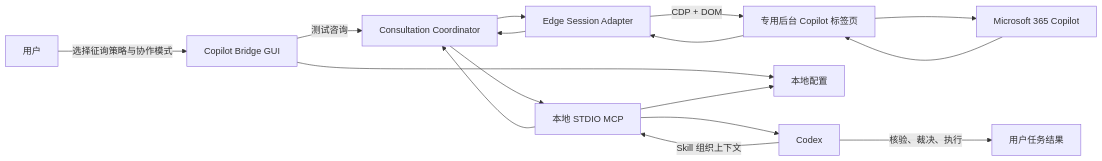
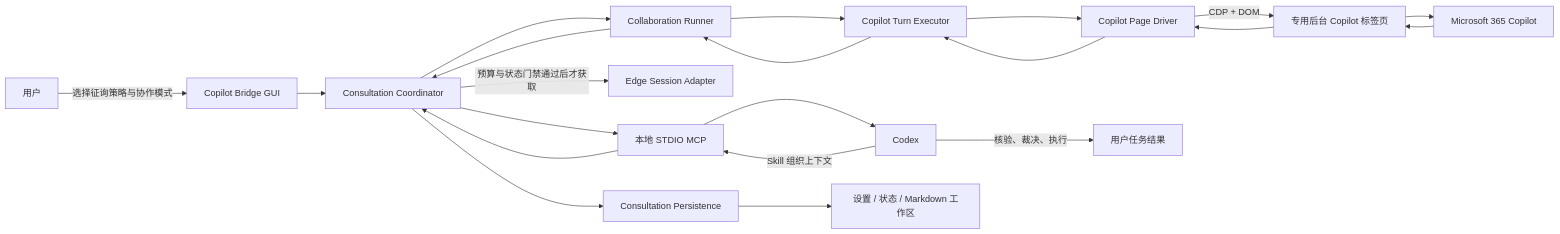
One commit to RANJIANG23/Copilot-Bridge changed the first of 2 diagrams in PROJECT-DESIGN.md. Above: the diagram before and after it, drawn with Mermaid. The commit also changed other lines of this file and 37 other files, not shown here.

````diff
--- a/PROJECT-DESIGN.md
+++ b/PROJECT-DESIGN.md
@@ -130,14 +130,17 @@
 ```mermaid
 flowchart LR
     U["用户"] -->|"选择征询策略与协作模式"| GUI["Copilot Bridge GUI"]
     C["Codex"] -->|"Skill 组织上下文"| MCP["本地 STDIO MCP"]
-    GUI --> CFG["本地配置"]
-    MCP --> CFG
-    MCP --> CORE["Consultation Coordinator"]
-    GUI -->|"测试咨询"| CORE
-    CORE --> EDGE["Edge Session Adapter"]
-    EDGE -->|"CDP + DOM"| TAB["专用后台 Copilot 标签页"]
+    GUI --> CORE["Consultation Coordinator"]
+    MCP --> CORE
+    CORE -->|"预算与状态门禁通过后才获取"| EDGE["Edge Session Adapter"]
+    CORE --> RUNNER["Collaboration Runner"]
+    RUNNER --> TURN["Copilot Turn Executor"]
+    TURN --> DRIVER["Copilot Page Driver"]
+    DRIVER -->|"CDP + DOM"| TAB["专用后台 Copilot 标签页"]
     TAB --> WEB["Microsoft 365 Copilot"]
-    WEB --> TAB --> EDGE --> CORE --> MCP --> C
+    CORE --> PERSIST["Consultation Persistence"]
+    PERSIST --> LOCAL["设置 / 状态 / Markdown 工作区"]
+    WEB --> TAB --> DRIVER --> TURN --> RUNNER --> CORE --> MCP --> C
     C -->|"核验、裁决、执行"| RESULT["用户任务结果"]
 ```
````
